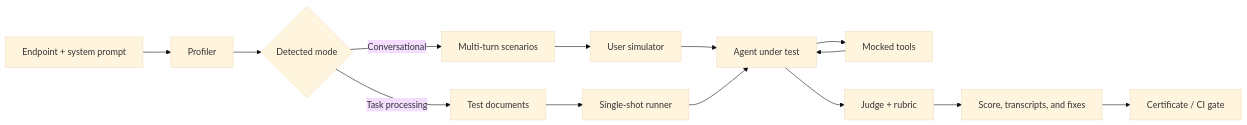
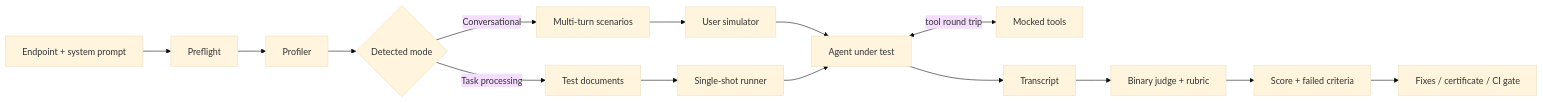
Before and after one commit to isidropasman/agent-evals: the second of 4 diagrams in README.md, drawn with Mermaid (base theme). The commit also changed other lines of this file, not shown here.

````diff
--- a/README.md
+++ b/README.md
@@ -156,16 +183,17 @@
 ```mermaid
 flowchart LR
-    A[Endpoint + system prompt] --> B[Profiler]
-    B --> C{Detected mode}
-    C -->|Conversational| D[Multi-turn scenarios]
-    C -->|Task processing| E[Test documents]
-    D --> F[User simulator]
-    E --> G[Single-shot runner]
-    F --> H[Agent under test]
-    G --> H
-    H --> I[Mocked tools]
-    I --> H
-    H --> J[Judge + rubric]
-    J --> K[Score, transcripts, and fixes]
-    K --> L[Certificate / CI gate]
+    A[Endpoint + system prompt] --> B[Preflight]
+    B --> C[Profiler]
+    C --> D{Detected mode}
+    D -->|Conversational| E[Multi-turn scenarios]
+    D -->|Task processing| F[Test documents]
+    E --> G[User simulator]
+    F --> H[Single-shot runner]
+    G --> I[Agent under test]
+    H --> I
+    I <-->|tool round trip| J[Mocked tools]
+    I --> K[Transcript]
+    K --> L[Binary judge + rubric]
+    L --> M[Score + failed criteria]
+    M --> N[Fixes / certificate / CI gate]
 ```
````
